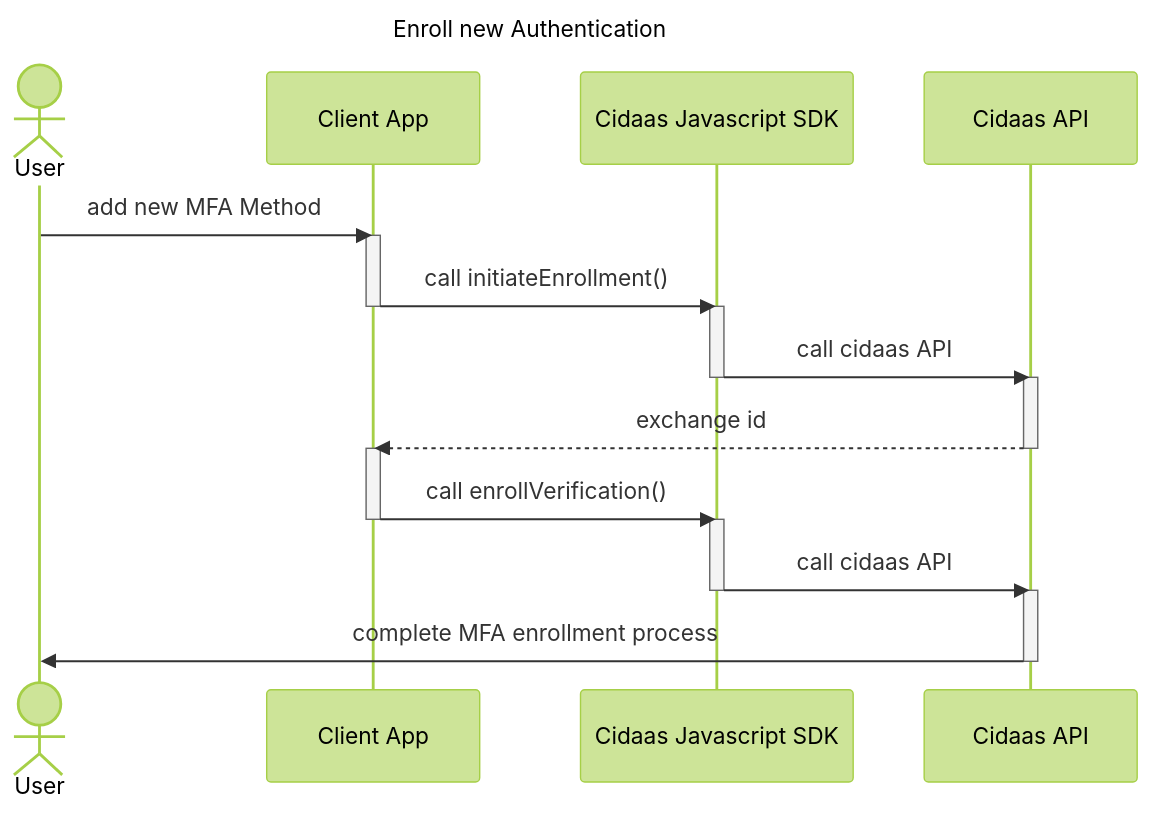
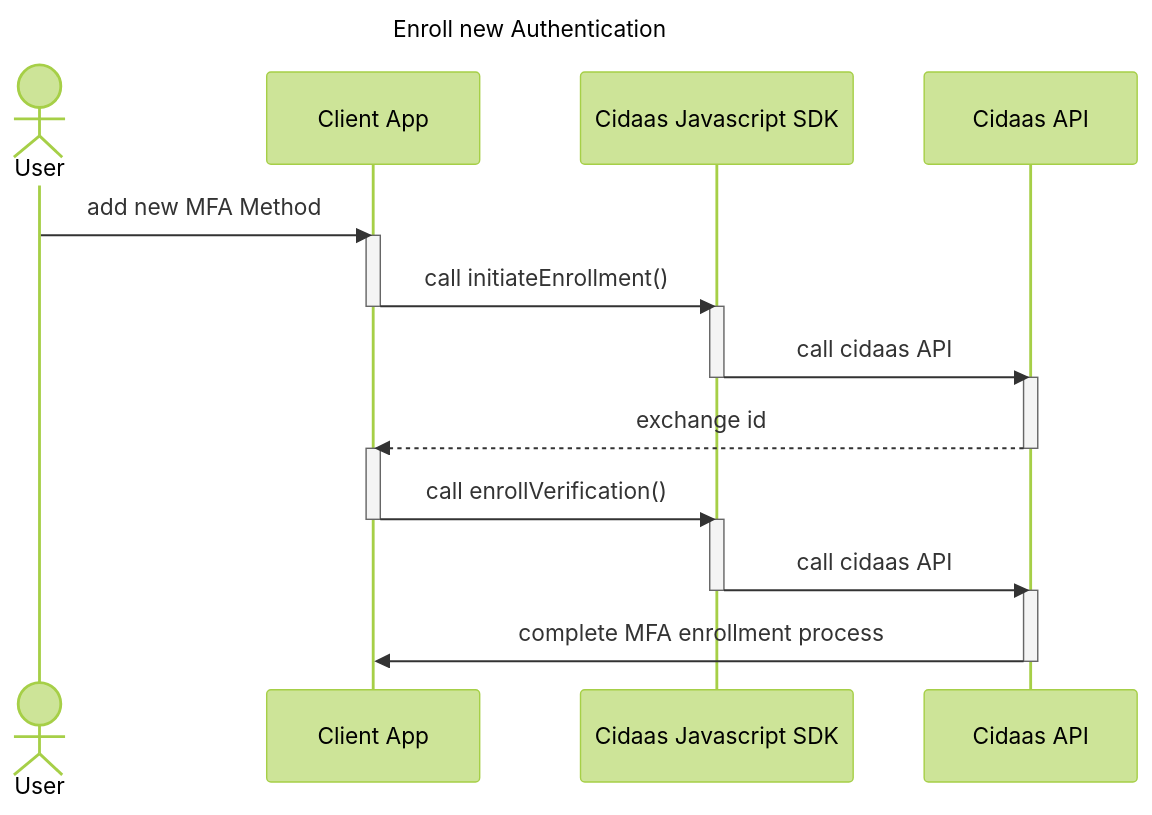
One commit to cidaas/cidaas-javascript-sdk changed the second of 2 diagrams in overview/multifactor-authentication.md. Above: the diagram before and after it, drawn with Mermaid (forest theme). The commit also changed other lines of this file and 6 other files, not shown here.

````diff
--- a/overview/multifactor-authentication.md
+++ b/overview/multifactor-authentication.md
@@ -74,36 +74,36 @@
 ```mermaid
 ---
 title: Enroll new Authentication
 ---
 sequenceDiagram
   Actor User
   participant ClientApp as Client App
   participant CidaasSDK as Cidaas Javascript SDK
   participant CidaasAPI as Cidaas API
 
 User ->> ClientApp: add new MFA Method
 
 activate ClientApp
 ClientApp ->> CidaasSDK: call initiateEnrollment()
 deactivate ClientApp
 
 activate CidaasSDK
 CidaasSDK ->> CidaasAPI: call cidaas API
 deactivate CidaasSDK
 
 activate CidaasAPI
 CidaasAPI -->> ClientApp: exchange id
 deactivate CidaasAPI
 
 activate ClientApp
 ClientApp ->> CidaasSDK: call enrollVerification()
 deactivate ClientApp
 
 activate CidaasSDK
 CidaasSDK ->> CidaasAPI: call cidaas API
 deactivate CidaasSDK
 
 activate CidaasAPI
-CidaasAPI ->> User: complete MFA enrollment process
+CidaasAPI ->> ClientApp: complete MFA enrollment process
 deactivate CidaasAPI
 ```
````
